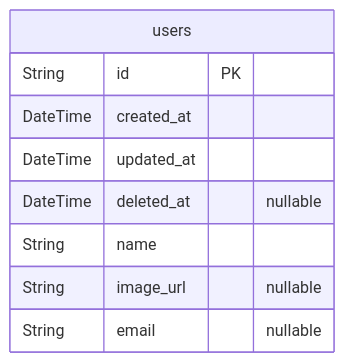
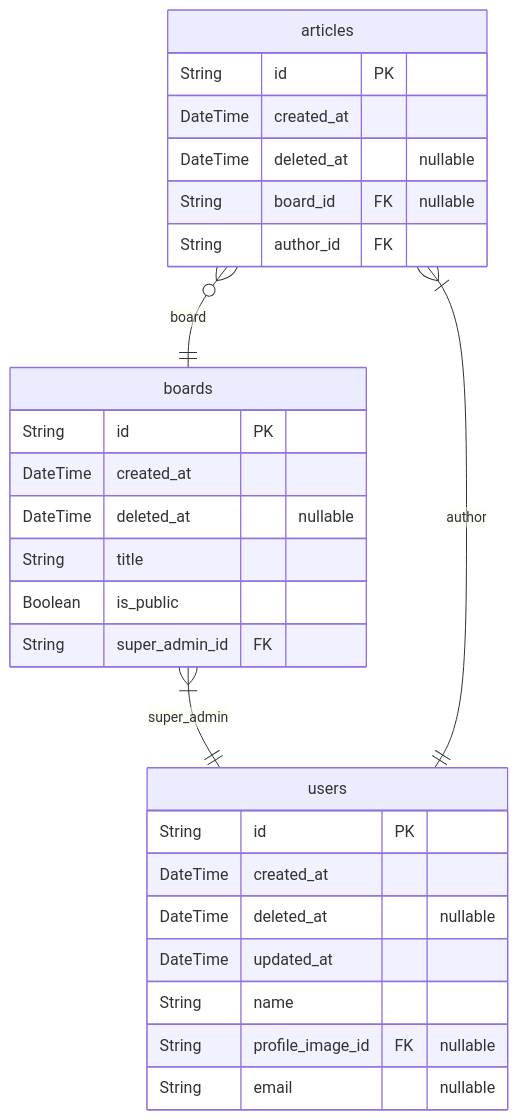
Before and after one commit to rojiwon123/safe-nest-template: the fourth of 4 diagrams in ERD.md, drawn with Mermaid. The commit also changed other lines of this file and 9 other files, not shown here.

Commit message:
add sample erd

````diff
--- a/ERD.md
+++ b/ERD.md
@@ -9,12 +444,30 @@
 ```mermaid
 erDiagram
+boards {
+    String id PK
+    DateTime created_at
+    DateTime deleted_at "nullable"
+    String title
+    Boolean is_public
+    String super_admin_id FK
+}
+articles {
+    String id PK
+    DateTime created_at
+    DateTime deleted_at "nullable"
+    String board_id FK "nullable"
+    String author_id FK
+}
 users {
     String id PK
     DateTime created_at
+    DateTime deleted_at "nullable"
     DateTime updated_at
-    DateTime deleted_at "nullable"
     String name
-    String image_url "nullable"
+    String profile_image_id FK "nullable"
     String email "nullable"
 }
+boards }|--|| users : super_admin
+articles }|--|| users : author
+articles }o--|| boards : board
 ```
````
